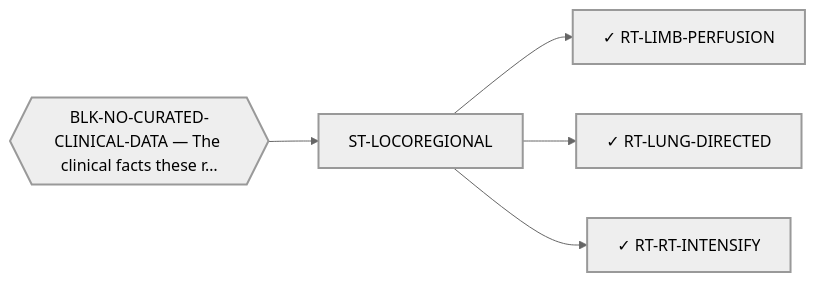
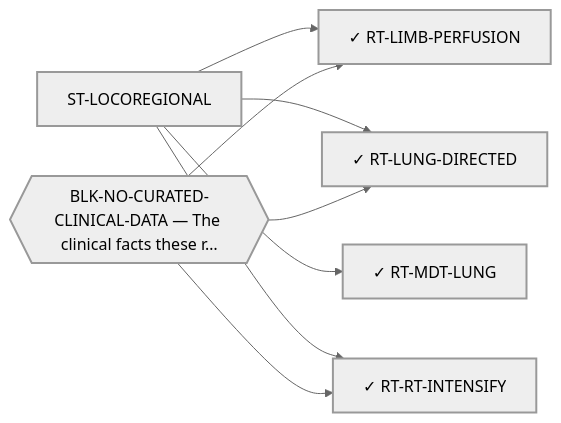
The diagram in systems/views/L1-st-locoregional.md (trimcrae/Rare-cancers), drawn with Mermaid (neutral theme) before and after one commit. The commit also changed other lines of this file and 10 other files, not shown here.

First line of the commit message:
RT-MDT-LUNG: ablative radiotherapy to EMC lung metastases has been done four times and studied zero times

````diff
--- a/systems/views/L1-st-locoregional.md
+++ b/systems/views/L1-st-locoregional.md
@@ -36,17 +36,21 @@
 ```mermaid
 flowchart LR
   ST_LOCOREGIONAL["ST-LOCOREGIONAL"]:::fam
   RT_LIMB_PERFUSION["✓ RT-LIMB-PERFUSION"]:::fam
   ST_LOCOREGIONAL --> RT_LIMB_PERFUSION
   RT_LUNG_DIRECTED["✓ RT-LUNG-DIRECTED"]:::fam
   ST_LOCOREGIONAL --> RT_LUNG_DIRECTED
+  RT_MDT_LUNG["✓ RT-MDT-LUNG"]:::fam
+  ST_LOCOREGIONAL --> RT_MDT_LUNG
   RT_RT_INTENSIFY["✓ RT-RT-INTENSIFY"]:::fam
   ST_LOCOREGIONAL --> RT_RT_INTENSIFY
 
   BLK_NO_CURATED_CLINICAL_DATA{{"BLK-NO-CURATED-CLINICAL-DATA — The clinical facts these r…"}}:::blk
-  BLK_NO_CURATED_CLINICAL_DATA --> ST_LOCOREGIONAL
+  BLK_NO_CURATED_CLINICAL_DATA --> RT_LIMB_PERFUSION
+  BLK_NO_CURATED_CLINICAL_DATA --> RT_LUNG_DIRECTED
+  BLK_NO_CURATED_CLINICAL_DATA --> RT_RT_INTENSIFY
   classDef fam stroke-width:2px;
   classDef blk stroke-width:2px;
   classDef perm stroke-width:4px;
   classDef tech stroke-width:1px,stroke-dasharray:4 3;
 ```
````
